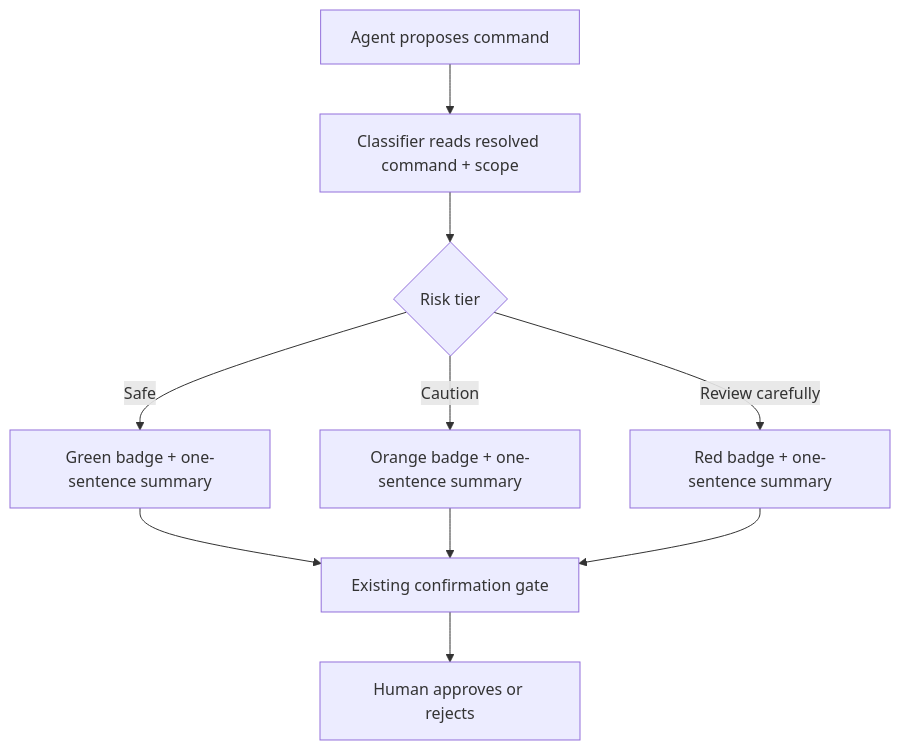
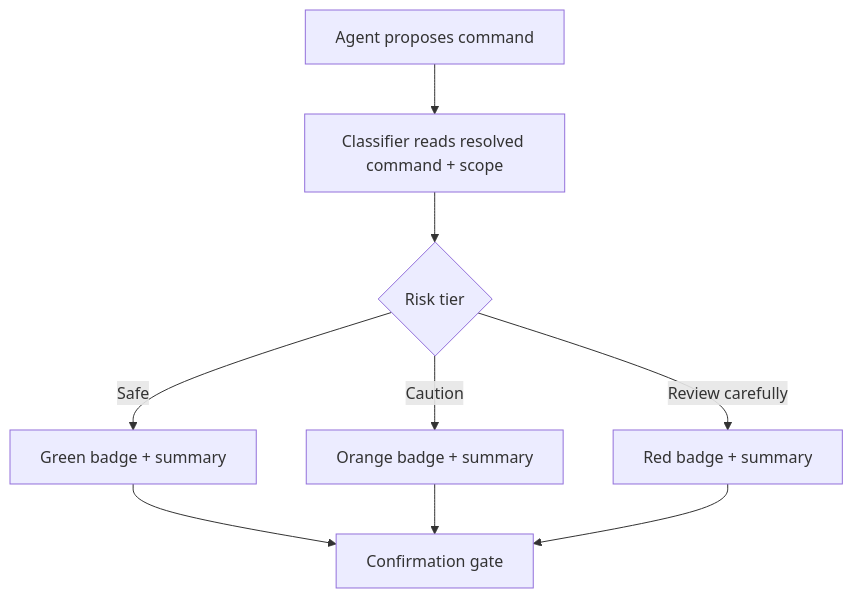
One commit to agentpatterns-ai/website changed the diagram in security/pre-execution-command-risk-classification.md. Above: the diagram before and after it, drawn with Mermaid. The commit also changed other lines of this file and 489 other files, not shown here.

````diff
--- a/security/pre-execution-command-risk-classification.md
+++ b/security/pre-execution-command-risk-classification.md
@@ -41,12 +37,11 @@
 ```mermaid
 graph TD
     A[Agent proposes command] --> B[Classifier reads resolved command + scope]
     B --> C{Risk tier}
-    C -->|Safe| D[Green badge + one-sentence summary]
-    C -->|Caution| E[Orange badge + one-sentence summary]
-    C -->|Review carefully| F[Red badge + one-sentence summary]
-    D --> G[Existing confirmation gate]
+    C -->|Safe| D[Green badge + summary]
+    C -->|Caution| E[Orange badge + summary]
+    C -->|Review carefully| F[Red badge + summary]
+    D --> G[Confirmation gate]
     E --> G
     F --> G
-    G --> H[Human approves or rejects]
 ```
````
